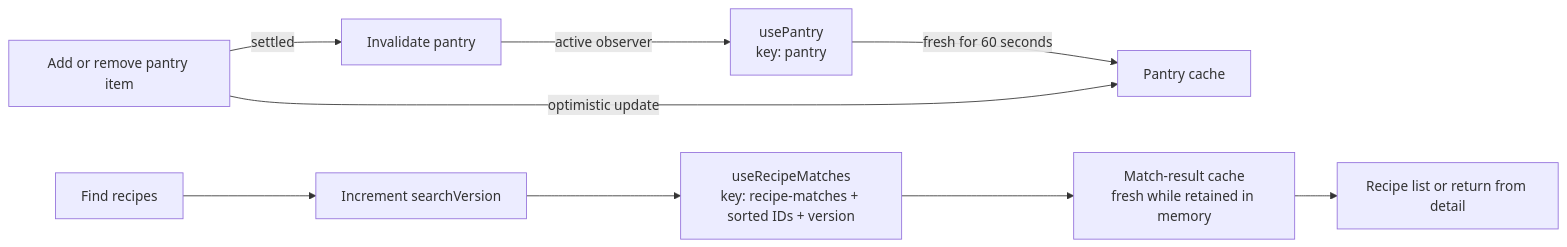
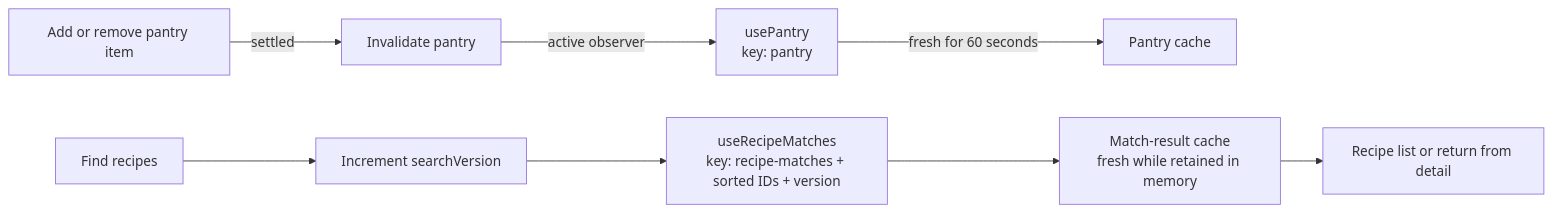
The third of 4 diagrams in frontend/README.md (girls-incode/meal-planner), drawn with Mermaid before and after one commit. The commit also changed other lines of this file and 31 other files, not shown here.

````diff
--- a/frontend/README.md
+++ b/frontend/README.md
@@ -158,12 +160,11 @@
 ```mermaid
 flowchart LR
   P[usePantry<br/>key: pantry] -->|fresh for 60 seconds| PC[Pantry cache]
-  A[Add or remove pantry item] -->|optimistic update| PC
-  A -->|settled| I[Invalidate pantry]
+  A[Add or remove pantry item] -->|settled| I[Invalidate pantry]
   I -->|active observer| P
 
   S[Find recipes] --> V[Increment searchVersion]
   V --> M[useRecipeMatches<br/>key: recipe-matches + sorted IDs + version]
   M --> MC[Match-result cache<br/>fresh while retained in memory]
   MC --> D[Recipe list or return from detail]
 ```
````
